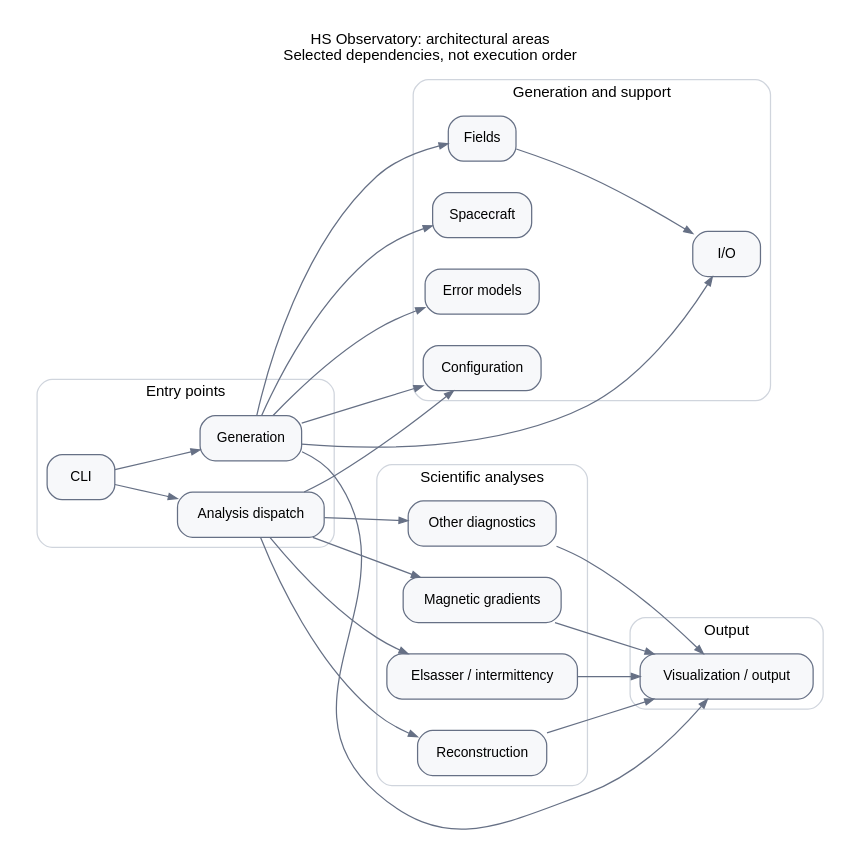
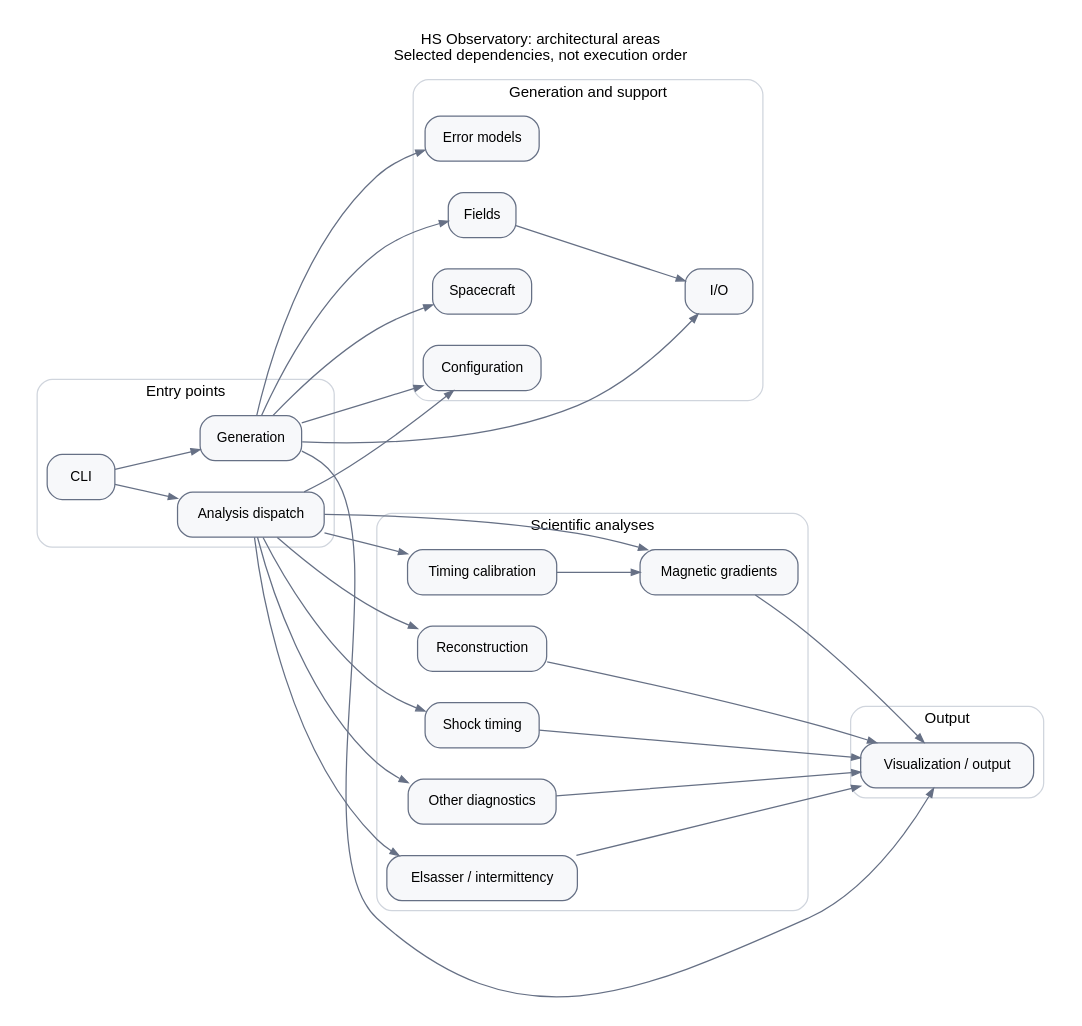
Before and after one commit to kgklein/hs-observatory: the diagram in docs/architecture/package-overview.dot, drawn with Graphviz. The commit also changed 56 other files, not shown here.

```diff
--- a/docs/architecture/package-overview.dot
+++ b/docs/architecture/package-overview.dot
@@ -1,56 +1,62 @@
 // Generated curated overview; arrows are selected source-backed dependencies.
 digraph package_overview {
   graph [rankdir=LR, bgcolor="white", fontname="Helvetica", fontsize=12,
          nodesep=0.35, ranksep=0.7, pad=0.2,
          label="HS Observatory: architectural areas\nSelected dependencies, not execution order", labelloc=t];
   node [shape=box, style="rounded,filled", fillcolor="#f7f8fa",
         color="#667085", fontname="Helvetica", fontsize=11, margin="0.14,0.10"];
   edge [color="#667085", arrowsize=0.7];
   subgraph cluster_0 {
     label="Entry points";
     color="#d0d5dd"; style="rounded";
     "cli" [label="CLI", tooltip="cli"];
     "dispatch" [label="Analysis dispatch", tooltip="analysis.base, analysis.registry, analyze"];
     "generation" [label="Generation", tooltip="generate"];
   }
   subgraph cluster_1 {
     label="Generation and support";
     color="#d0d5dd"; style="rounded";
     "config" [label="Configuration", tooltip="config"];
     "errors" [label="Error models", tooltip="errors.base, errors.factory, errors.gaussian, errors.observatory, errors.offsets, errors.ornstein_uhlenbeck"];
-    "fields" [label="Fields", tooltip="fields.base, fields.factory, fields.malara, fields.plume_single_mode, fields.simulation_sampled, fields.sine_sum"];
+    "fields" [label="Fields", tooltip="fields.base, fields.factory, fields.malara, fields.plume_single_mode, fields.shock, fields.simulation_sampled, fields.sine_sum"];
     "io" [label="I/O", tooltip="io.cdf_positions, io.hdf5, io.simulation_bp, io.simulation_npy"];
     "spacecraft" [label="Spacecraft", tooltip="spacecraft.configuration"];
   }
   subgraph cluster_2 {
     label="Scientific analyses";
     color="#d0d5dd"; style="rounded";
     "diagnostics" [label="Other diagnostics", tooltip="analysis.diagnostics, analysis.static_decorrelation, analysis.timeseries_fft"];
     "gradients" [label="Magnetic gradients", tooltip="analysis.magnetic_gradient, analysis.magnetic_gradient_correlation, analysis.magnetic_gradient_wasserstein"];
     "intermittency" [label="Elsasser / intermittency", tooltip="analysis.derived.elsasser, analysis.derived.pairs, analysis.elsasser, analysis.elsasser_increment_pdf_static, analysis.increment_pdf_wasserstein, analysis.structure_function"];
     "reconstruction" [label="Reconstruction", tooltip="analysis.rbf_reconstruction, analysis.timesync"];
+    "shock" [label="Shock timing", tooltip="analysis.shock_timing"];
+    "timing" [label="Timing calibration", tooltip="analysis.timing_affine, analysis.timing_calibrate, analysis.timing_influence, analysis.timing_noise"];
   }
   subgraph cluster_3 {
     label="Output";
     color="#d0d5dd"; style="rounded";
     "visualization" [label="Visualization / output", tooltip="visualization"];
   }
   "cli" -> "dispatch" [tooltip="cli -> analyze"];
   "cli" -> "generation" [tooltip="cli -> generate"];
   "diagnostics" -> "visualization" [tooltip="analysis.timeseries_fft -> visualization"];
   "dispatch" -> "config" [tooltip="analyze -> config"];
   "dispatch" -> "diagnostics" [tooltip="analysis.registry -> analysis.diagnostics; analysis.registry -> analysis.static_decorrelation; analysis.registry -> analysis.timeseries_fft"];
   "dispatch" -> "gradients" [tooltip="analysis.registry -> analysis.magnetic_gradient; analysis.registry -> analysis.magnetic_gradient_correlation"];
   "dispatch" -> "intermittency" [tooltip="analysis.registry -> analysis.elsasser; analysis.registry -> analysis.elsasser_increment_pdf_static; analysis.registry -> analysis.structure_function"];
   "dispatch" -> "reconstruction" [tooltip="analysis.registry -> analysis.rbf_reconstruction; analysis.registry -> analysis.timesync"];
+  "dispatch" -> "shock" [tooltip="analysis.registry -> analysis.shock_timing"];
+  "dispatch" -> "timing" [tooltip="analysis.registry -> analysis.timing_calibrate"];
   "fields" -> "io" [tooltip="fields.simulation_sampled -> io.simulation_bp; fields.simulation_sampled -> io.simulation_npy"];
   "generation" -> "config" [tooltip="generate -> config"];
   "generation" -> "errors" [tooltip="generate -> errors.factory; generate -> errors.observatory"];
   "generation" -> "fields" [tooltip="generate -> fields.factory"];
   "generation" -> "io" [tooltip="generate -> io.cdf_positions; generate -> io.hdf5"];
   "generation" -> "spacecraft" [tooltip="generate -> spacecraft.configuration"];
   "generation" -> "visualization" [tooltip="generate -> visualization"];
   "gradients" -> "visualization" [tooltip="analysis.magnetic_gradient -> visualization"];
   "intermittency" -> "visualization" [tooltip="analysis.elsasser -> visualization"];
   "reconstruction" -> "visualization" [tooltip="analysis.rbf_reconstruction -> visualization"];
+  "shock" -> "visualization" [tooltip="analysis.shock_timing -> visualization"];
+  "timing" -> "gradients" [tooltip="analysis.timing_affine -> analysis.magnetic_gradient; analysis.timing_calibrate -> analysis.magnetic_gradient; analysis.timing_influence -> analysis.magnetic_gradient; analysis.timing_noise -> analysis.magnetic_gradient"];
 }
```
